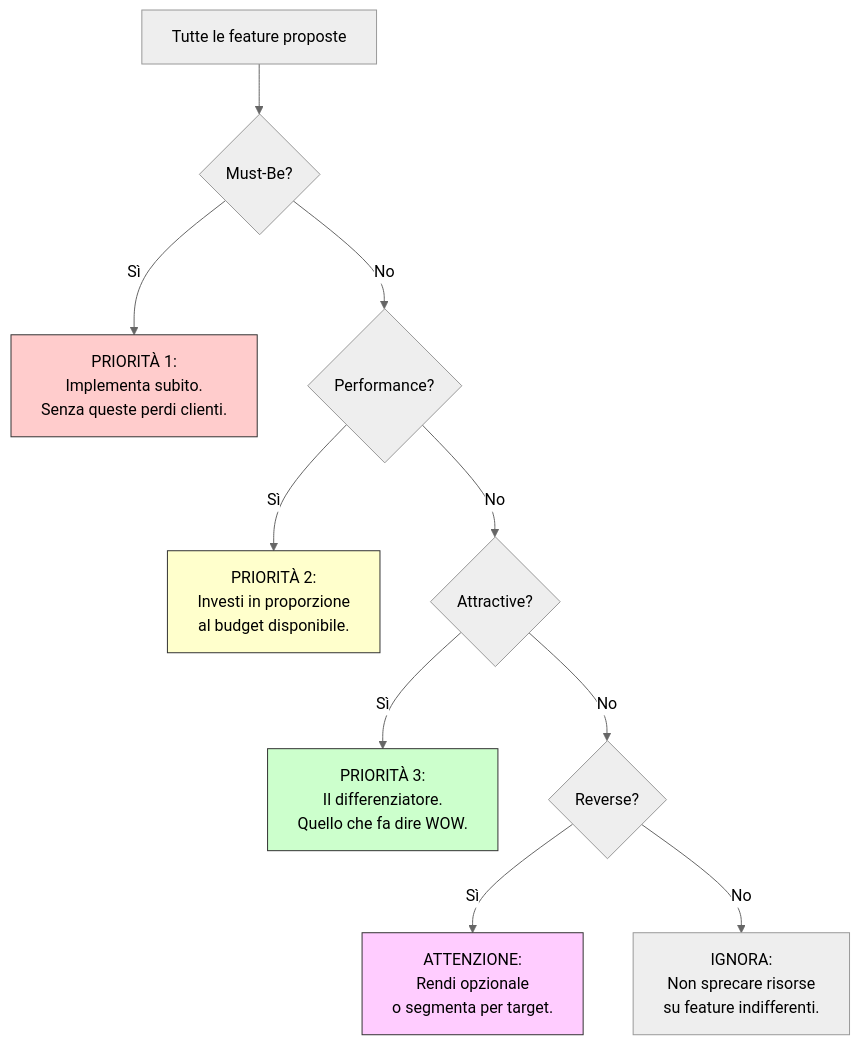
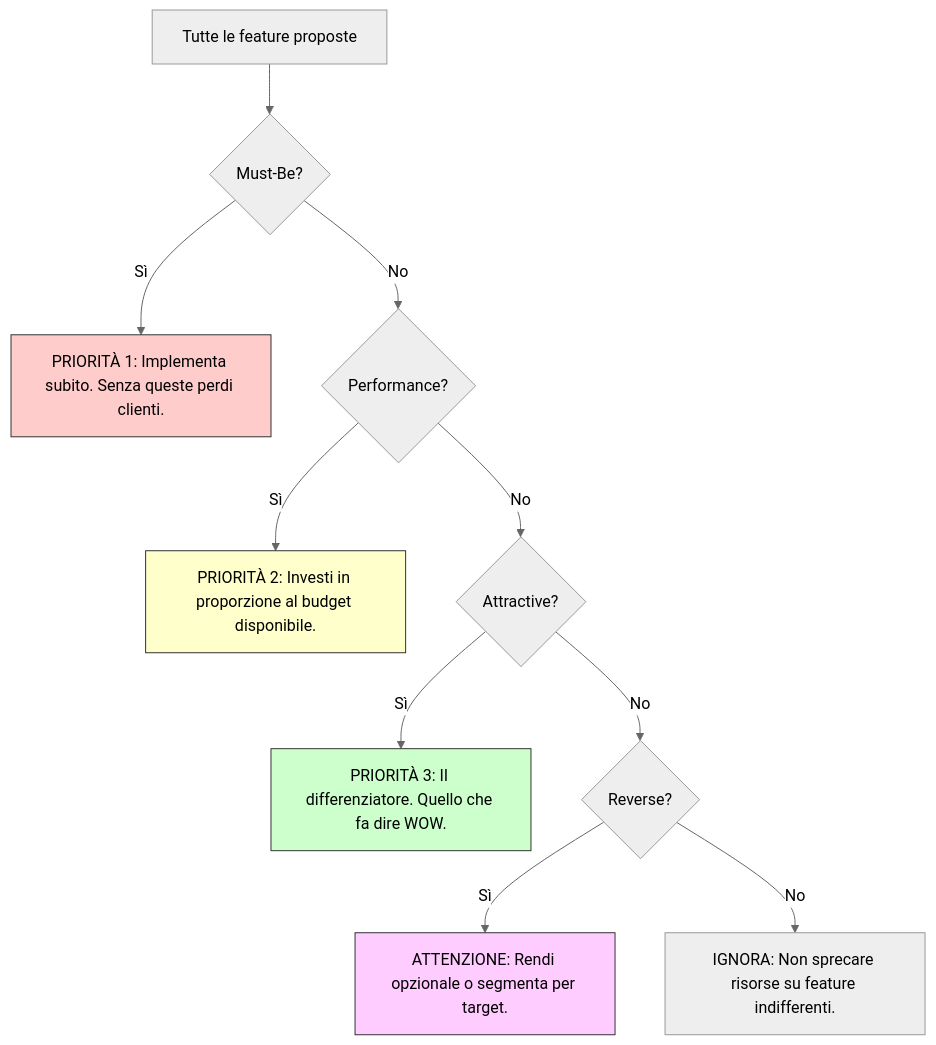
Before and after one commit to AndreyBertasini/gynnitech: the diagram in src/content/blog/metodo-kano.mdx, drawn with Mermaid (neutral theme). The commit also changed 11 other files, not shown here.

First line of the commit message:
fix(blog): fix mermaid syntax errors for v11.12.2 compatibility

````diff
--- a/src/content/blog/metodo-kano.mdx
+++ b/src/content/blog/metodo-kano.mdx
@@ -97,17 +97,17 @@
 ```mermaid
 graph TD
     A["Tutte le feature proposte"] --> B{"Must-Be?"}
-    B -- Sì --> C["PRIORITÀ 1:<br>Implementa subito.<br>Senza queste perdi clienti."]
+    B -- Sì --> C["PRIORITÀ 1: Implementa subito. Senza queste perdi clienti."]
     B -- No --> D{"Performance?"}
-    D -- Sì --> E["PRIORITÀ 2:<br>Investi in proporzione<br>al budget disponibile."]
+    D -- Sì --> E["PRIORITÀ 2: Investi in proporzione al budget disponibile."]
     D -- No --> F{"Attractive?"}
-    F -- Sì --> G["PRIORITÀ 3:<br>Il differenziatore.<br>Quello che fa dire WOW."]
+    F -- Sì --> G["PRIORITÀ 3: Il differenziatore. Quello che fa dire WOW."]
     F -- No --> H{"Reverse?"}
-    H -- Sì --> I["ATTENZIONE:<br>Rendi opzionale<br>o segmenta per target."]
-    H -- No --> J["IGNORA:<br>Non sprecare risorse<br>su feature indifferenti."]
+    H -- Sì --> I["ATTENZIONE: Rendi opzionale o segmenta per target."]
+    H -- No --> J["IGNORA: Non sprecare risorse su feature indifferenti."]
     
     style C fill:#ffcccc,stroke:#333
     style E fill:#ffffcc,stroke:#333
     style G fill:#ccffcc,stroke:#333
     style I fill:#ffccff,stroke:#333
 ```
````
